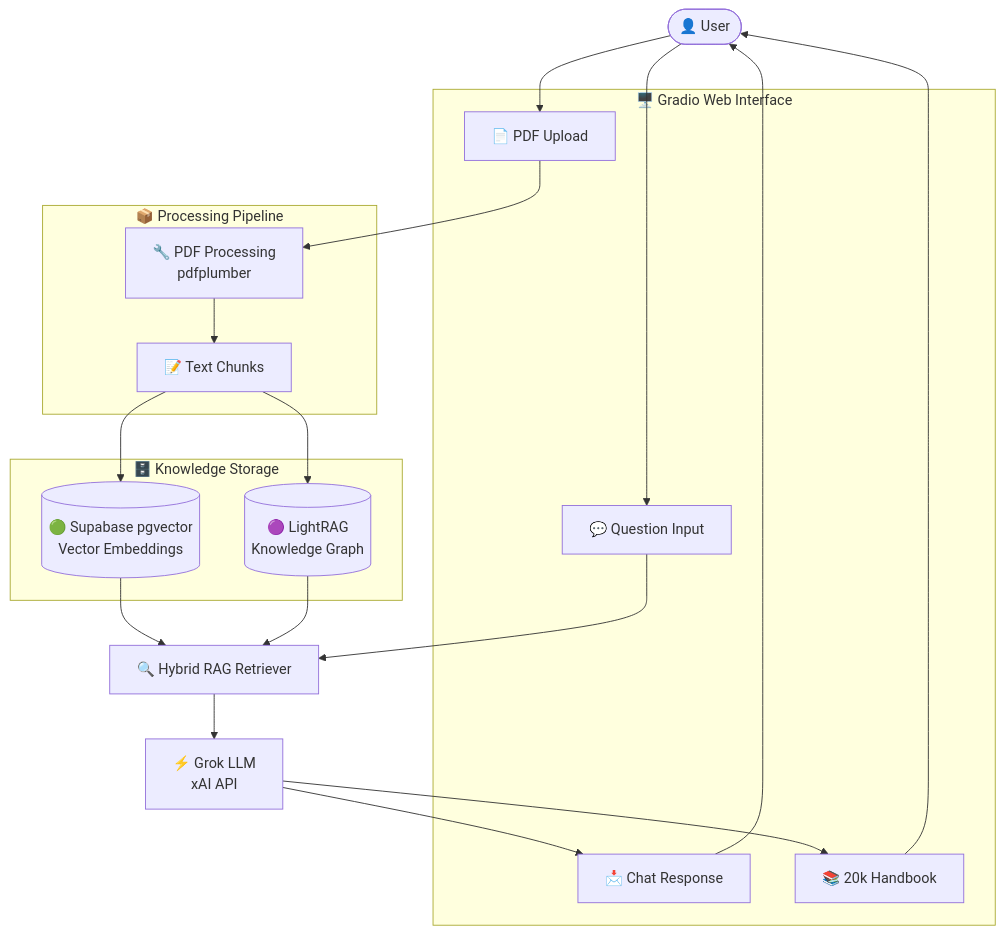
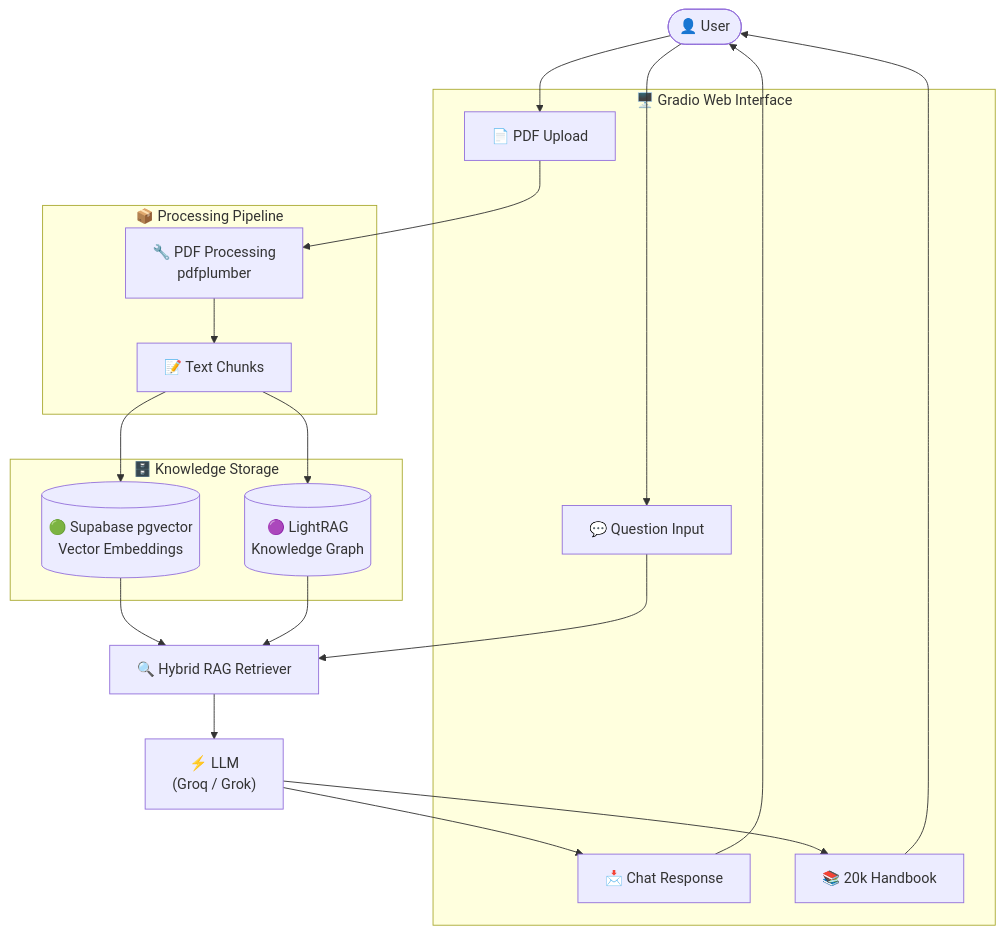
One commit to PriyanshuRanjan04/NeuroWeave changed the diagram in README.md. Above: the diagram before and after it, drawn with Mermaid. The commit also changed other lines of this file and 3 other files, not shown here.

````diff
--- a/README.md
+++ b/README.md
@@ -85,34 +85,34 @@
 ```mermaid
 flowchart TD
     U(["👤 User"])
 
     subgraph Gradio["🖥️ Gradio Web Interface"]
         PU["📄 PDF Upload"]
         Q["💬 Question Input"]
         CR["📩 Chat Response"]
         HB["📚 20k Handbook"]
     end
 
     subgraph proc["📦 Processing Pipeline"]
         PP["🔧 PDF Processing\npdfplumber"]
         TC["📝 Text Chunks"]
     end
 
     subgraph storage["🗄️ Knowledge Storage"]
         SB[("🟢 Supabase pgvector\nVector Embeddings")]
         LR[("🟣 LightRAG\nKnowledge Graph")]
     end
 
     RAG["🔍 Hybrid RAG Retriever"]
-    LLM["⚡ Grok LLM\nxAI API"]
+    LLM["⚡ LLM\n(Groq / Grok)"]
 
     U --> PU --> PP --> TC
     TC --> SB
     TC --> LR
     SB --> RAG
     LR --> RAG
     U --> Q --> RAG
     RAG --> LLM
     LLM --> CR --> U
     LLM --> HB --> U
 ```
````
